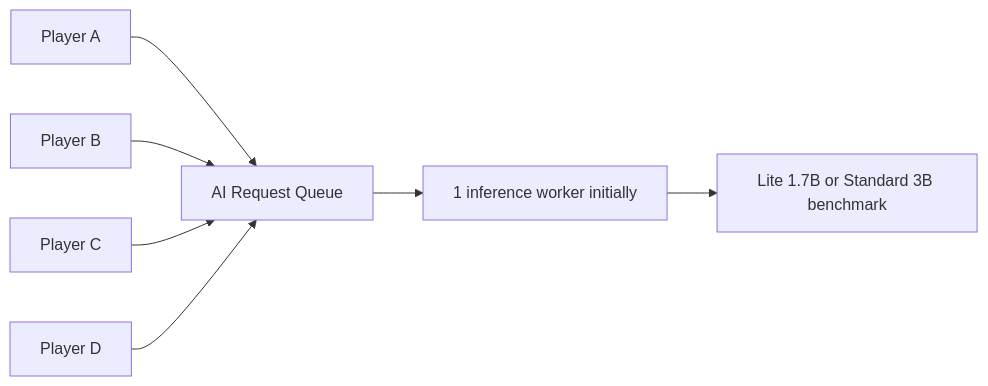
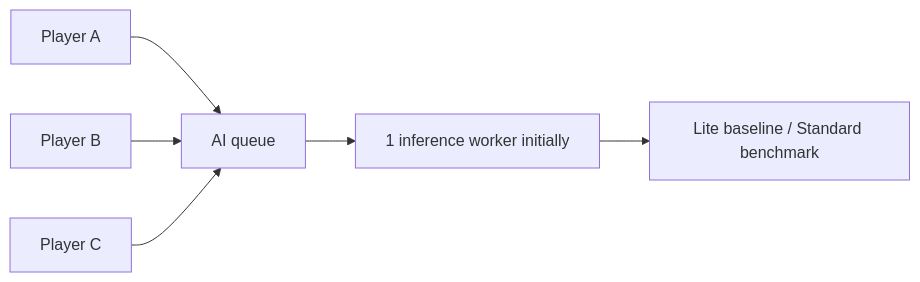
One commit to Simus100/chronosaga_the_game changed the ninth of 11 diagrams in README.md. Above: the diagram before and after it, drawn with Mermaid. The commit also changed other lines of this file, not shown here.

Commit message:
docs: make README Windows-first and document P0 roadmap

````diff
--- a/README.md
+++ b/README.md
@@ -518,10 +397,8 @@
 ```mermaid
 flowchart LR
-    A[Player A] --> Q[AI Request Queue]
+    A[Player A] --> Q[AI queue]
     B[Player B] --> Q
     C[Player C] --> Q
-    D[Player D] --> Q
-
     Q --> W[1 inference worker initially]
-    W --> M[Lite 1.7B or Standard 3B benchmark]
+    W --> M[Lite baseline / Standard benchmark]
 ```
````
